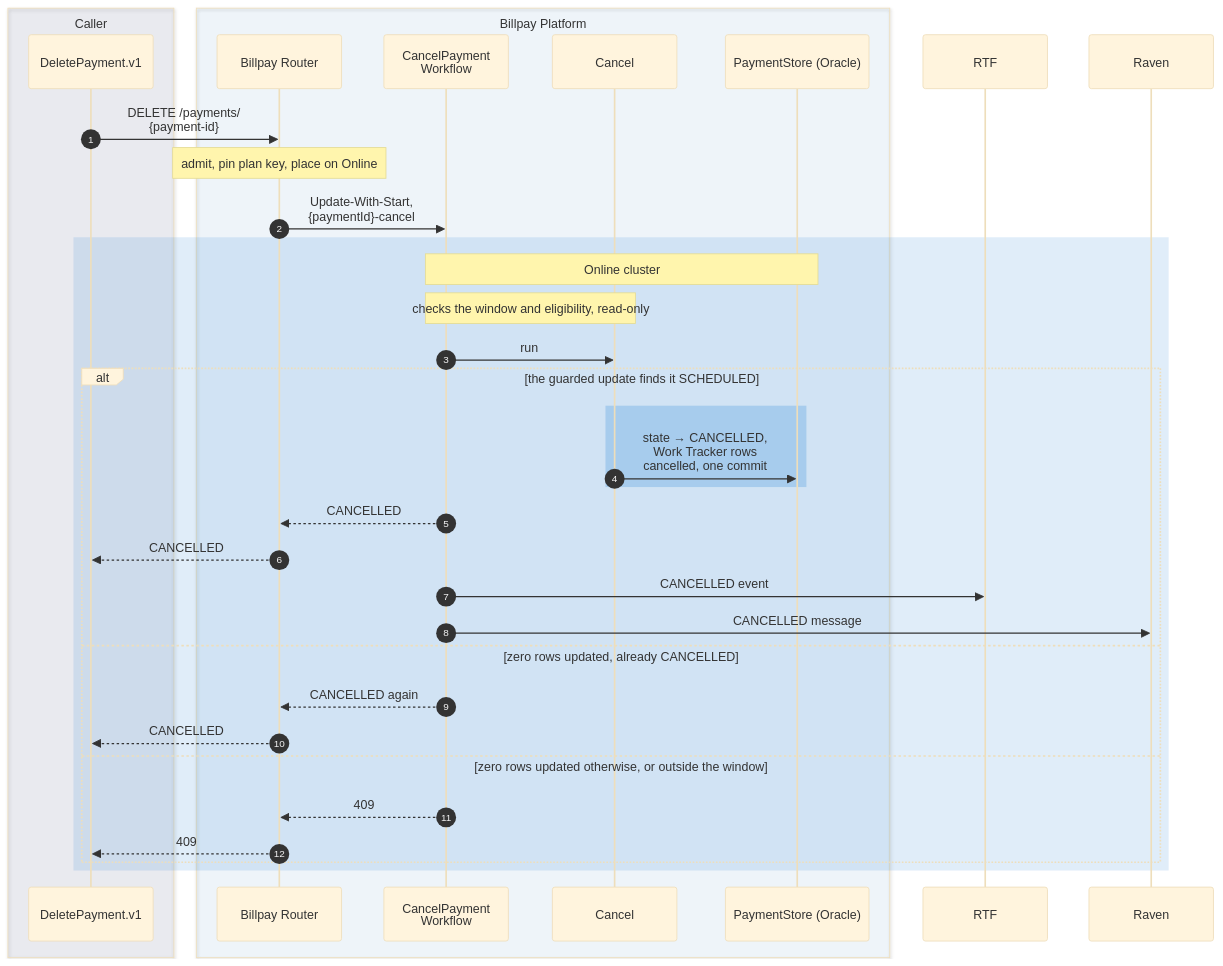
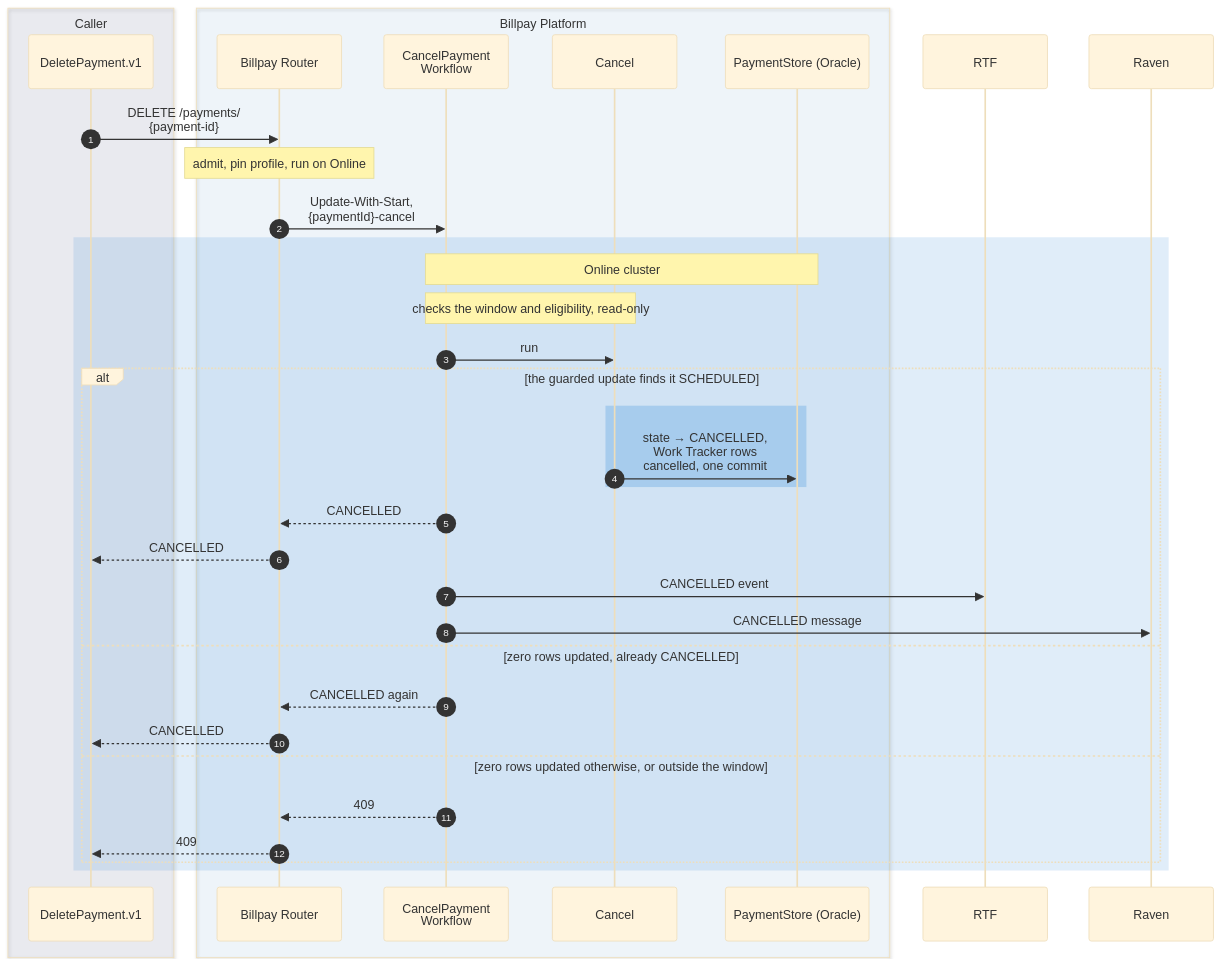
The sixth of 15 diagrams in website/docs/design/sequence-diagrams.md (arunav-bhattacharya/billpay-book), drawn with Mermaid (base theme) before and after one commit. The commit also changed other lines of this file and 53 other files, not shown here.

First line of the commit message:
ResolvedProfile and RunSite, journey picking, diagrams, JetBrains Mono

````diff
--- a/website/docs/design/sequence-diagrams.md
+++ b/website/docs/design/sequence-diagrams.md
@@ -427,48 +427,48 @@
 ```mermaid
 ---
 config:
   fontFamily: "BentonSansUI, Helvetica, Arial, sans-serif"
   fontSize: 15
 ---
 sequenceDiagram
   autonumber
 
   box rgba(0,23,90,0.07) Caller
     participant OD as DeletePayment.v1
   end
 
   box rgba(0,111,207,0.05) Billpay Platform
     participant R as Billpay Router
     participant CW as CancelPayment<br/>Workflow
     participant CAN as Cancel
     participant PS as PaymentStore (Oracle)
   end
 
   participant RTF
   participant RAV as Raven
 
   OD->>R: DELETE /payments/<br/>{payment-id}
-  Note over R: admit, pin plan key, place on Online
+  Note over R: admit, pin profile, run on Online
   R->>CW: Update-With-Start,<br/>{paymentId}-cancel
 
   rect rgba(0,111,207,0.12)
     Note over CW,PS: Online cluster
     Note over CW,CAN: checks the window and eligibility, read-only
     CW->>CAN: run
     alt the guarded update finds it SCHEDULED
       rect rgba(102,169,226,0.40)
         CAN->>PS: state → CANCELLED,<br/>Work Tracker rows<br/>cancelled, one commit
       end
       CW-->>R: CANCELLED
       R-->>OD: CANCELLED
       CW->>RTF: CANCELLED event
       CW->>RAV: CANCELLED message
     else zero rows updated, already CANCELLED
       CW-->>R: CANCELLED again
       R-->>OD: CANCELLED
     else zero rows updated otherwise, or outside the window
       CW-->>R: 409
       R-->>OD: 409
     end
   end
 ```
````
